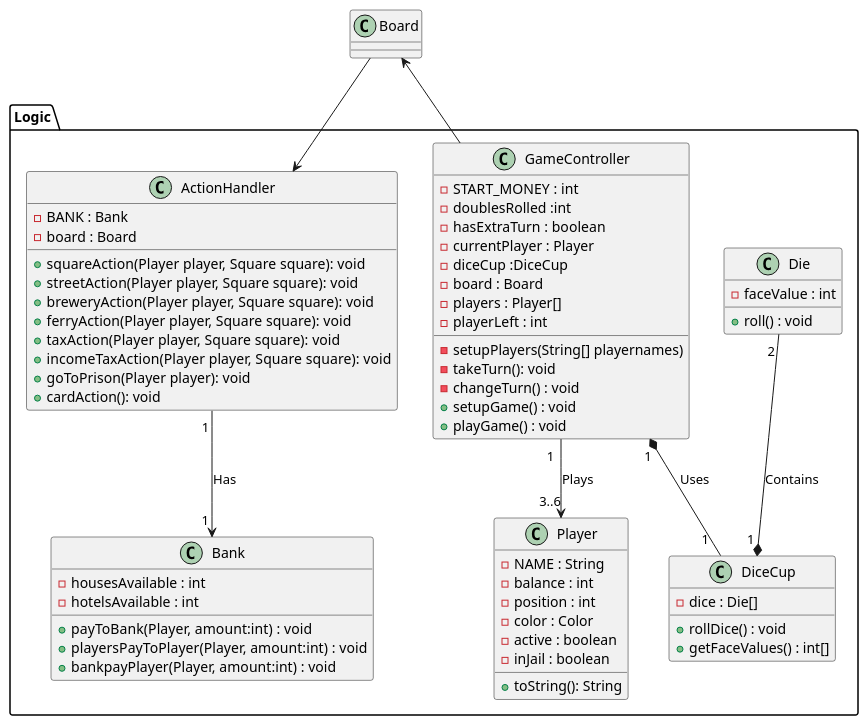
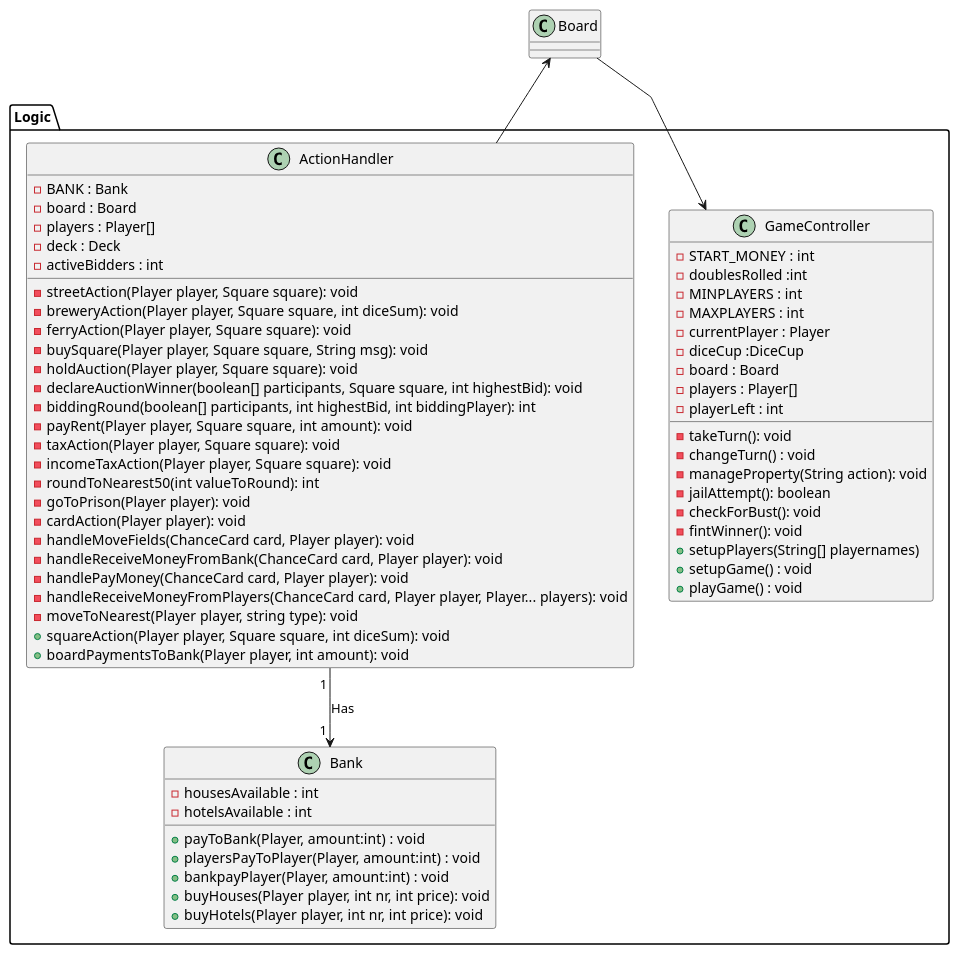
One commit to Greve2001/CDIO-final changed the diagram in diagrams/Logic_Package_Class_Diagram.puml. Above: the diagram before and after it, drawn with PlantUML.

```diff
--- a/diagrams/Logic_Package_Class_Diagram.puml
+++ b/diagrams/Logic_Package_Class_Diagram.puml
@@ -1,86 +1,88 @@
 @startuml
 'https://plantuml.com/class-diagram
 
 skinparam groupInheritance 2
 
 skinparam linetype polyline
 package Logic{
-   class Player{
-    -NAME : String
-    -balance : int
-    -position : int
-    -color : Color
-    -active : boolean
-    -inJail : boolean
 
-    +toString(): String
-
-     }
-     class Die {
-         -faceValue : int
-
-         +roll() : void
-     }
-
-     class DiceCup {
-         -dice : Die[]
-
-         +rollDice() : void
-         +getFaceValues() : int[]
-     }
      class Bank {
          -housesAvailable : int
          -hotelsAvailable : int
 
 
          +payToBank(Player, amount:int) : void
          +playersPayToPlayer(Player, amount:int) : void
          +bankpayPlayer(Player, amount:int) : void
+         +buyHouses(Player player, int nr, int price): void
+         +buyHotels(Player player, int nr, int price): void
 
      }
      class ActionHandler {
          -BANK : Bank
          -board : Board
+         -players : Player[]
+         -deck : Deck
+         -activeBidders : int
 
-         +squareAction(Player player, Square square): void
-         +streetAction(Player player, Square square): void
-         +breweryAction(Player player, Square square): void
-         +ferryAction(Player player, Square square): void
-         +taxAction(Player player, Square square): void
-         +incomeTaxAction(Player player, Square square): void
-         +goToPrison(Player player): void
-         +cardAction(): void
+
+         -streetAction(Player player, Square square): void
+         -breweryAction(Player player, Square square, int diceSum): void
+         -ferryAction(Player player, Square square): void
+         -buySquare(Player player, Square square, String msg): void
+         -holdAuction(Player player, Square square): void
+         -declareAuctionWinner(boolean[] participants, Square square, int highestBid): void
+         -biddingRound(boolean[] participants, int highestBid, int biddingPlayer): int
+         -payRent(Player player, Square square, int amount): void
+         -taxAction(Player player, Square square): void
+         -incomeTaxAction(Player player, Square square): void
+         -roundToNearest50(int valueToRound): int
+         -goToPrison(Player player): void
+         -cardAction(Player player): void
+         -handleMoveFields(ChanceCard card, Player player): void
+         -handleReceiveMoneyFromBank(ChanceCard card, Player player): void
+         -handlePayMoney(ChanceCard card, Player player): void
+         -handleReceiveMoneyFromPlayers(ChanceCard card, Player player, Player... players): void
+         -moveToNearest(Player player, string type): void
+         +squareAction(Player player, Square square, int diceSum): void
+         +boardPaymentsToBank(Player player, int amount): void
+
+
+
 
 
      }
      class GameController {
          -START_MONEY : int
          -doublesRolled :int
-         -hasExtraTurn : boolean
+         -MINPLAYERS : int
+         -MAXPLAYERS : int
          -currentPlayer : Player
          -diceCup :DiceCup
          -board : Board
          -players : Player[]
          -playerLeft : int
 
-         -setupPlayers(String[] playernames)
+
          -takeTurn(): void
          -changeTurn() : void
+         -manageProperty(String action): void
+         -jailAttempt(): boolean
+         -checkForBust(): void
+         -fintWinner(): void
+         +setupPlayers(String[] playernames)
          +setupGame() : void
          +playGame() : void
 
 
      }
 }
 
 
 ActionHandler  "1 " --> "1 " Bank: Has \t
-GameController "1 " *-- "1  " DiceCup: Uses
-DiceCup "1 " *-u- "2 " Die: Contains \t
-GameController "1  " -d-> "3..6" Player: Plays
-Board --> ActionHandler
-GameController --> Board
+Board <-- ActionHandler
+GameController <-- Board
 
 
 
 @enduml
```
